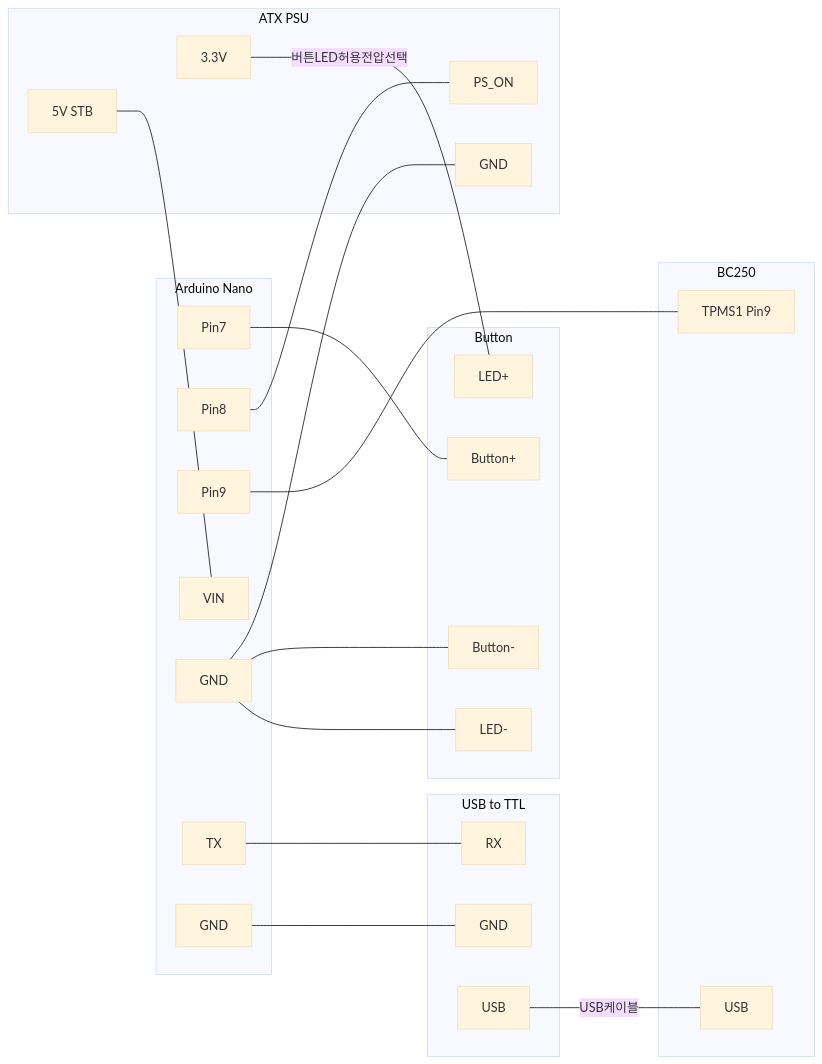
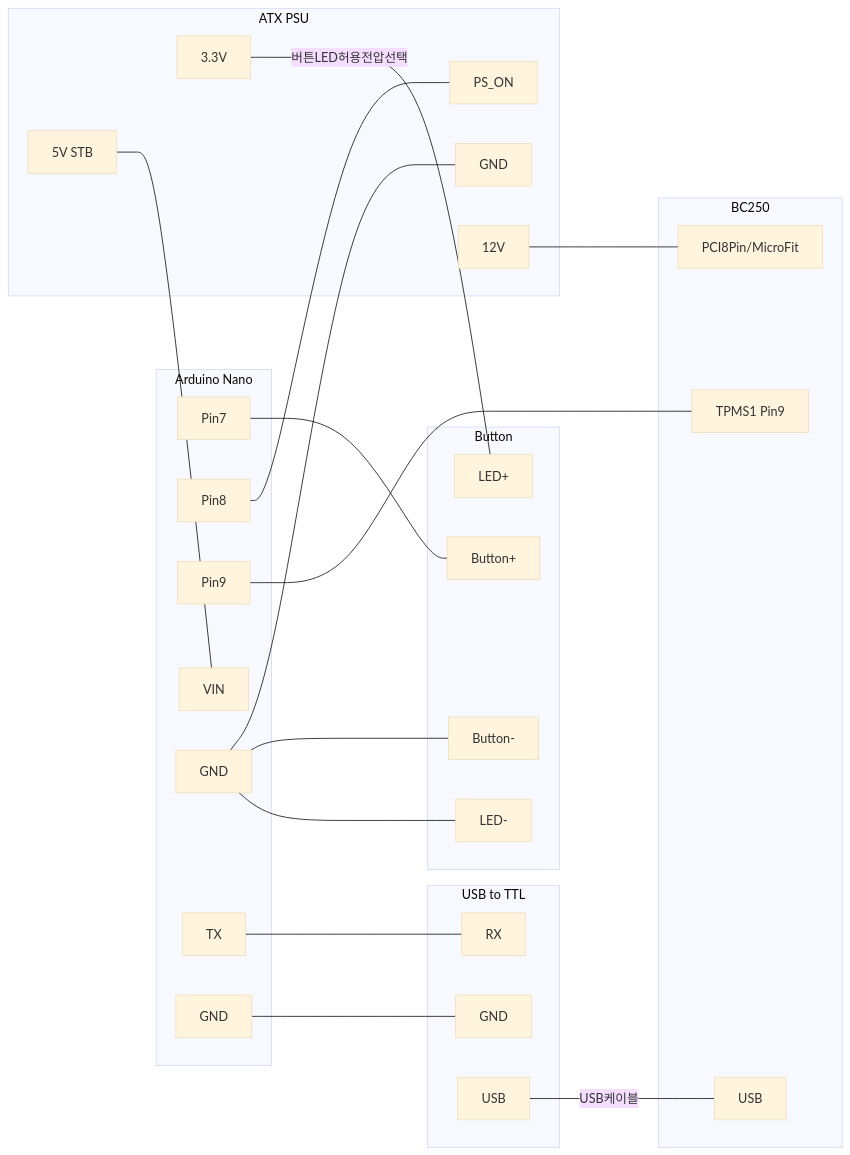
Before and after one commit to coolsolgit/BC250-ATX-PSU-Control: the second of 2 diagrams in README.md, drawn with Mermaid (base theme).

````diff
--- a/README.md
+++ b/README.md
@@ -52,45 +52,47 @@
 ```mermaid
 flowchart LR
   subgraph Arduino Nano
     P7[Pin7]
     P8[Pin8]
     P9[Pin9]
     VIN[VIN]
     AGND[GND]
     TX[TX]
     ATGND[GND]
   end
   subgraph BC250
     TPMS[TPMS1 Pin9]
     BUSB[USB]
+    PCIE[PCI8Pin/MicroFit]
   end
   subgraph USB to TTL
     RX[RX]
     UGND[GND]
     UUSB[USB]
   end
   subgraph ATX PSU
     5V[5V STB]
     3.3V[3.3V]
     PS_ON[PS_ON]
     PGND[GND]
+    12V[12V]
   end
   subgraph Button
     BTN1[Button+]
     BTN2[Button-]
     LED1[LED+]
     LED2[LED-]
   end
-
   UUSB ---|USB케이블| BUSB
   TX --- RX
-P7 --- BTN1
-P8 --- PS_ON
-P9 --- TPMS
-AGND --- PGND
-AGND --- BTN2
-AGND --- LED2
-ATGND --- UGND
-3.3V ---|버튼LED허용전압선택| LED1
-5V --- VIN
+  P7 --- BTN1
+  P8 --- PS_ON
+  P9 --- TPMS
+  AGND --- PGND
+  AGND --- BTN2
+  AGND --- LED2
+  ATGND --- UGND
+  3.3V ---|버튼LED허용전압선택| LED1
+  5V --- VIN
+  12V --- PCIE
 ```
````
